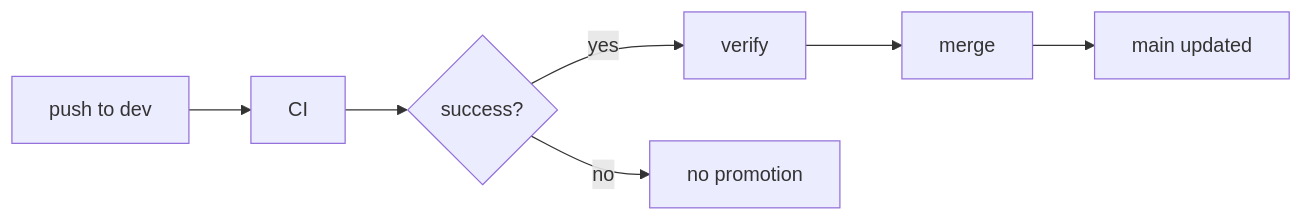
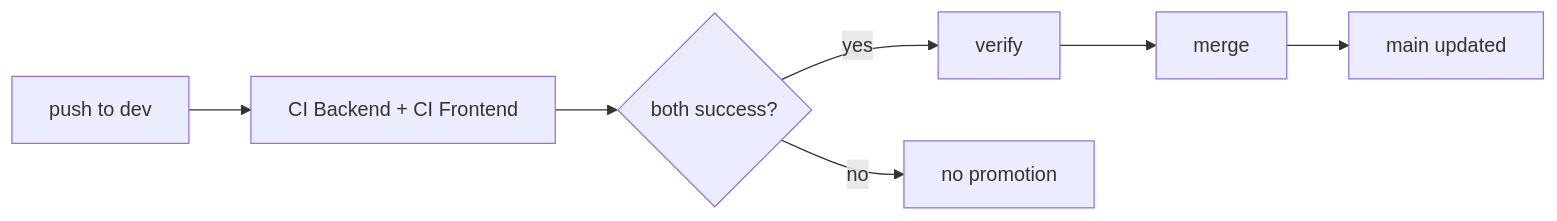
Before and after one commit to NorbertVincze04/full-stack-ai-agents: the diagram in docs/context/pipelines.md, drawn with Mermaid. The commit also changed other lines of this file and 17 other files, not shown here.

````diff
--- a/docs/context/pipelines.md
+++ b/docs/context/pipelines.md
@@ -45,6 +54,6 @@
 ```mermaid
 flowchart LR
-  push[push to dev] --> CI --> ok{success?}
+  push[push to dev] --> CI[CI Backend + CI Frontend] --> ok{both success?}
   ok -- yes --> verify --> merge --> main[main updated]
   ok -- no --> stop[no promotion]
 ```
````
